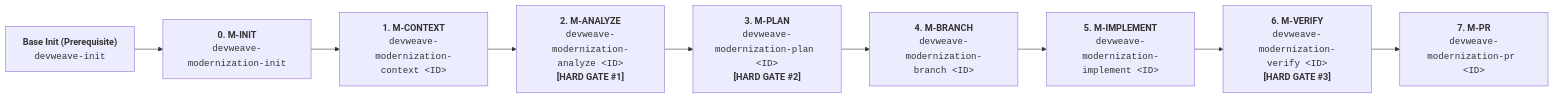
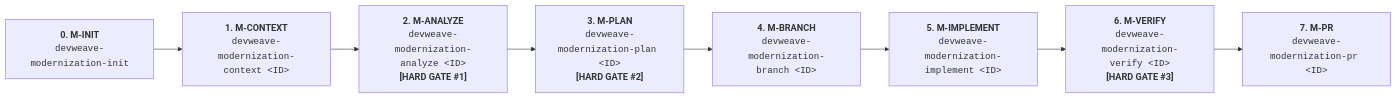
The second of 2 diagrams in docs/lifecycle.md (paarthivnaik/DevWeave), drawn with Mermaid before and after one commit. The commit also changed other lines of this file and 10 other files, not shown here.

Commit message:
fix(modernization): remove blocking devweave-init prerequisite from devweave-modernization-init

````diff
--- a/docs/lifecycle.md
+++ b/docs/lifecycle.md
@@ -24,11 +24,10 @@
 ```mermaid
 flowchart LR
-    BINIT["<b>Base Init (Prerequisite)</b><br><code>devweave-init</code>"] --> MINIT["<b>0. M-INIT</b><br><code>devweave-modernization-init</code>"]
-    MINIT --> M1["<b>1. M-CONTEXT</b><br><code>devweave-modernization-context &lt;ID&gt;</code>"]
+    MINIT["<b>0. M-INIT</b><br><code>devweave-modernization-init</code>"] --> M1["<b>1. M-CONTEXT</b><br><code>devweave-modernization-context &lt;ID&gt;</code>"]
     M1 --> M2["<b>2. M-ANALYZE</b><br><code>devweave-modernization-analyze &lt;ID&gt;</code><br><b>[HARD GATE #1]</b>"]
     M2 --> M3["<b>3. M-PLAN</b><br><code>devweave-modernization-plan &lt;ID&gt;</code><br><b>[HARD GATE #2]</b>"]
     M3 --> M4["<b>4. M-BRANCH</b><br><code>devweave-modernization-branch &lt;ID&gt;</code>"]
     M4 --> M5["<b>5. M-IMPLEMENT</b><br><code>devweave-modernization-implement &lt;ID&gt;</code>"]
     M5 --> M6["<b>6. M-VERIFY</b><br><code>devweave-modernization-verify &lt;ID&gt;</code><br><b>[HARD GATE #3]</b>"]
     M6 --> M7["<b>7. M-PR</b><br><code>devweave-modernization-pr &lt;ID&gt;</code>"]
 ```
````
